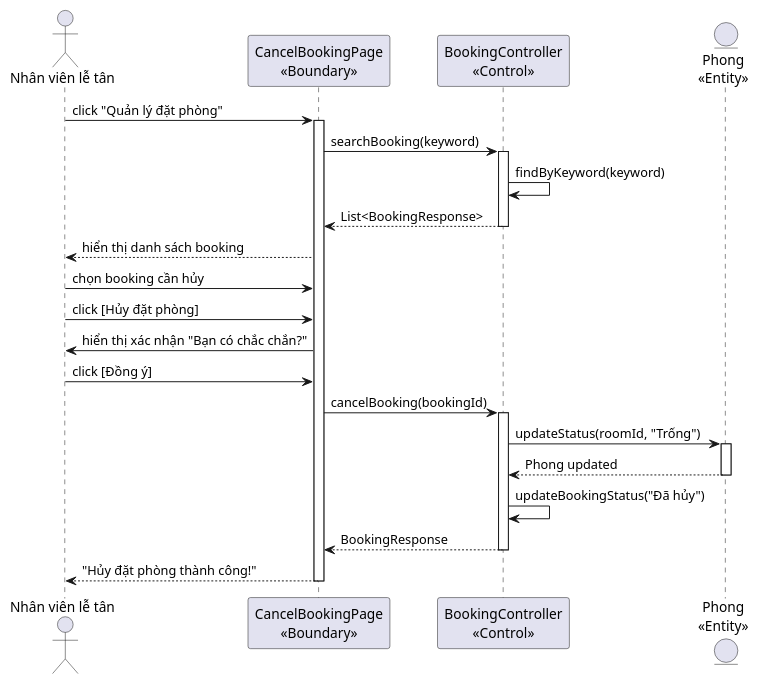
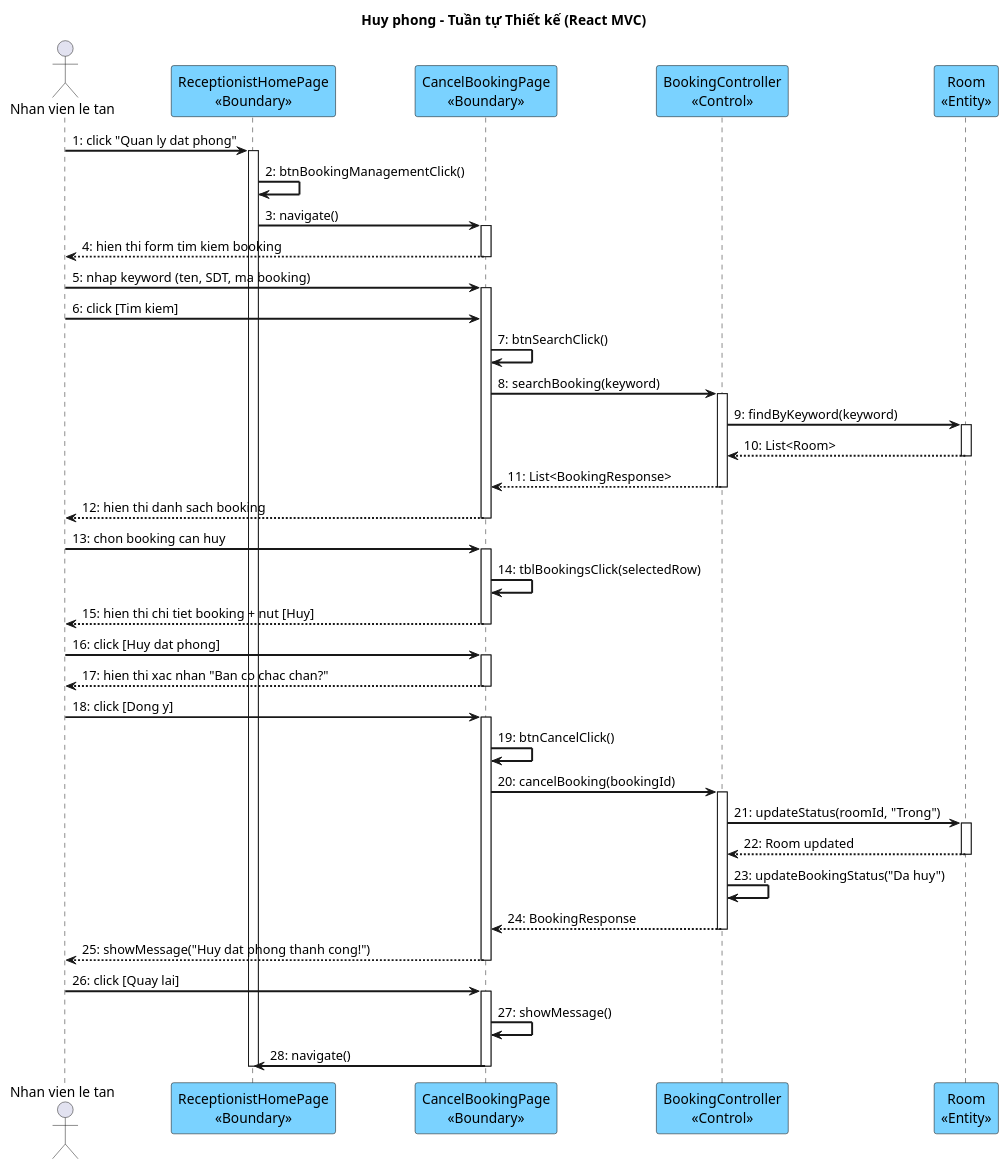
One commit to thanhtrnnn/cnpm changed the fourth of 4 diagrams in docs/tabs/section-booking-iii.4.md. Above: the diagram before and after it, drawn with PlantUML. The commit also changed other lines of this file and 10 other files, not shown here.

First line of the commit message:
fix: update all 8 sequence diagrams with cnpm skill style

````diff
--- a/docs/tabs/section-booking-iii.4.md
+++ b/docs/tabs/section-booking-iii.4.md
@@ -348,33 +467,79 @@
 ```plantuml
 @startuml
-actor "Nhân viên lễ tân" as NV
-participant "CancelBookingPage\n<<Boundary>>" as Cancel
+skinparam shadowing false
+skinparam SequenceMessageAlign left
+skinparam SequenceArrowThickness 2
+skinparam ParticipantBackgroundColor #7AD2FF
+skinparam ParticipantBorderColor black
+skinparam BoundaryBackgroundColor #7AD2FF
+skinparam BoundaryBorderColor black
+skinparam ControlBackgroundColor #7AD2FF
+skinparam ControlBorderColor black
+skinparam EntityBackgroundColor #7AD2FF
+skinparam EntityBorderColor black
+
+title Huy phong – Tuần tự Thiết kế (React MVC)
+
+actor "Nhan vien le tan" as NV
+participant "ReceptionistHomePage\n<<Boundary>>" as Home
+participant "CancelBookingPage\n<<Boundary>>" as CBP
 participant "BookingController\n<<Control>>" as Ctrl
-entity "Phong\n<<Entity>>" as Phong
+participant "Room\n<<Entity>>" as Room
 
-NV -> Cancel: click "Quản lý đặt phòng"
-activate Cancel
-Cancel -> Ctrl: searchBooking(keyword)
+NV -> Home : 1: click "Quan ly dat phong"
+activate Home
+Home -> Home : 2: btnBookingManagementClick()
+Home -> CBP : 3: navigate()
+activate CBP
+CBP --> NV : 4: hien thi form tim kiem booking
+deactivate CBP
+
+NV -> CBP : 5: nhap keyword (ten, SDT, ma booking)
+activate CBP
+NV -> CBP : 6: click [Tim kiem]
+CBP -> CBP : 7: btnSearchClick()
+CBP -> Ctrl : 8: searchBooking(keyword)
 activate Ctrl
-Ctrl -> Ctrl: findByKeyword(keyword)
-Ctrl --> Cancel: List<BookingResponse>
+Ctrl -> Room : 9: findByKeyword(keyword)
+activate Room
+Room --> Ctrl : 10: List<Room>
+deactivate Room
+Ctrl --> CBP : 11: List<BookingResponse>
 deactivate Ctrl
-Cancel --> NV: hiển thị danh sách booking
+CBP --> NV : 12: hien thi danh sach booking
+deactivate CBP
 
-NV -> Cancel: chọn booking cần hủy
-NV -> Cancel: click [Hủy đặt phòng]
-Cancel -> NV: hiển thị xác nhận "Bạn có chắc chắn?"
-NV -> Cancel: click [Đồng ý]
-Cancel -> Ctrl: cancelBooking(bookingId)
+NV -> CBP : 13: chon booking can huy
+activate CBP
+CBP -> CBP : 14: tblBookingsClick(selectedRow)
+CBP --> NV : 15: hien thi chi tiet booking + nut [Huy]
+deactivate CBP
+
+NV -> CBP : 16: click [Huy dat phong]
+activate CBP
+CBP --> NV : 17: hien thi xac nhan "Ban co chac chan?"
+deactivate CBP
+
+NV -> CBP : 18: click [Dong y]
+activate CBP
+CBP -> CBP : 19: btnCancelClick()
+CBP -> Ctrl : 20: cancelBooking(bookingId)
 activate Ctrl
-Ctrl -> Phong: updateStatus(roomId, "Trống")
-activate Phong
-Phong --> Ctrl: Phong updated
-deactivate Phong
-Ctrl -> Ctrl: updateBookingStatus("Đã hủy")
-Ctrl --> Cancel: BookingResponse
+Ctrl -> Room : 21: updateStatus(roomId, "Trong")
+activate Room
+Room --> Ctrl : 22: Room updated
+deactivate Room
+Ctrl -> Ctrl : 23: updateBookingStatus("Da huy")
+Ctrl --> CBP : 24: BookingResponse
 deactivate Ctrl
-Cancel --> NV: "Hủy đặt phòng thành công!"
-deactivate Cancel
+CBP --> NV : 25: showMessage("Huy dat phong thanh cong!")
+deactivate CBP
+
+NV -> CBP : 26: click [Quay lai]
+activate CBP
+CBP -> CBP : 27: showMessage()
+CBP -> Home : 28: navigate()
+deactivate CBP
+deactivate Home
 @enduml
 ```
````
